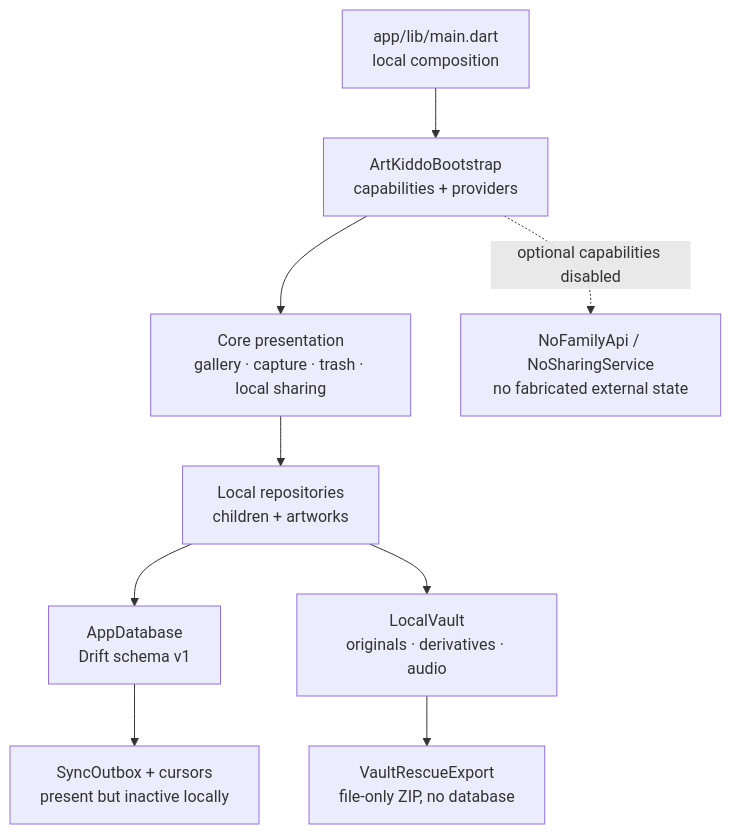
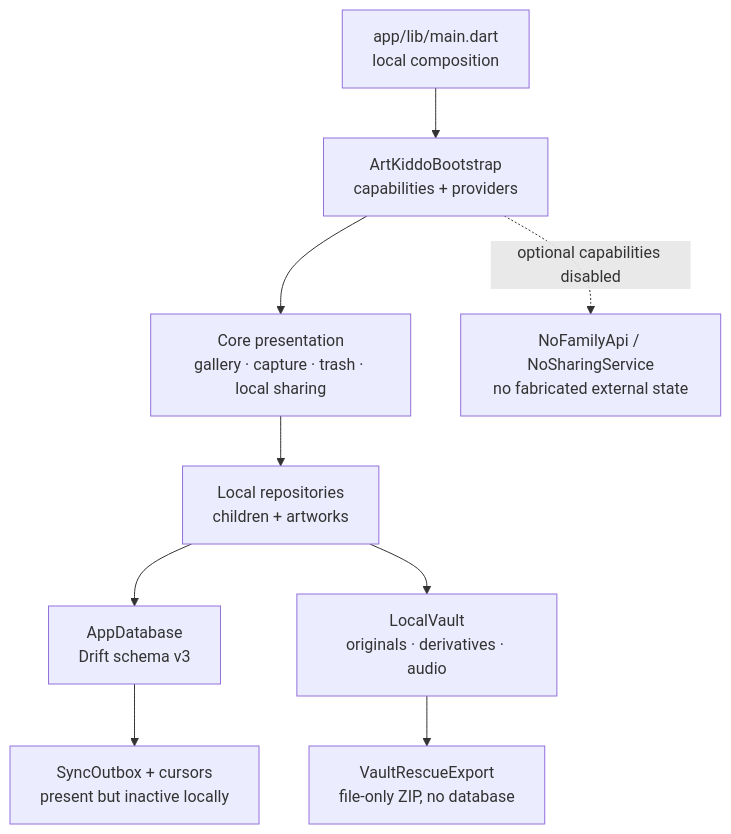
Before and after one commit to KooliFab/artkiddo: the first of 2 diagrams in docs/architecture/current-state.md, drawn with Mermaid. The commit also changed other lines of this file and 37 other files, not shown here.

Commit message:
feat: implement database schema migrations up to v3, add settings screen, and require syncPhotos composition action

````diff
--- a/docs/architecture/current-state.md
+++ b/docs/architecture/current-state.md
@@ -37,11 +42,11 @@
 ```mermaid
 flowchart TD
   App["app/lib/main.dart\nlocal composition"] --> Bootstrap["ArtKiddoBootstrap\ncapabilities + providers"]
   Bootstrap --> UI["Core presentation\ngallery · capture · trash · local sharing"]
   UI --> Repos["Local repositories\nchildren + artworks"]
-  Repos --> DB["AppDatabase\nDrift schema v1"]
+  Repos --> DB["AppDatabase\nDrift schema v3"]
   Repos --> Vault["LocalVault\noriginals · derivatives · audio"]
   DB --> Outbox["SyncOutbox + cursors\npresent but inactive locally"]
   Vault --> Rescue["VaultRescueExport\nfile-only ZIP, no database"]
   Bootstrap -. "optional capabilities disabled" .-> NoRemote["NoFamilyApi / NoSharingService\nno fabricated external state"]
 ```
````
